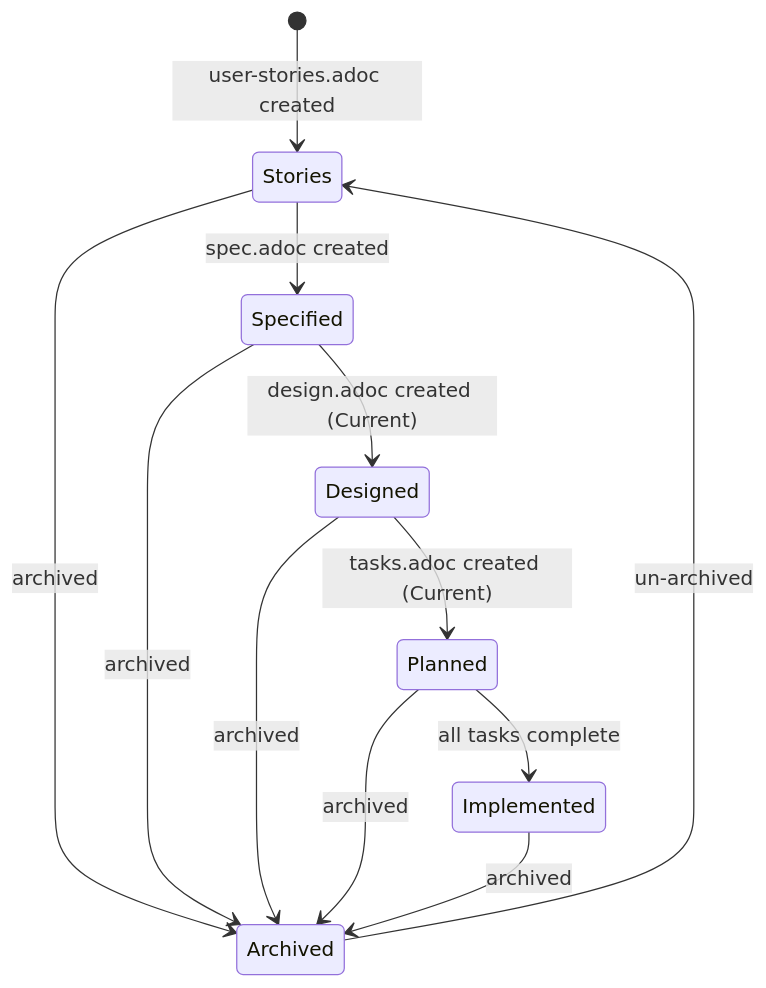
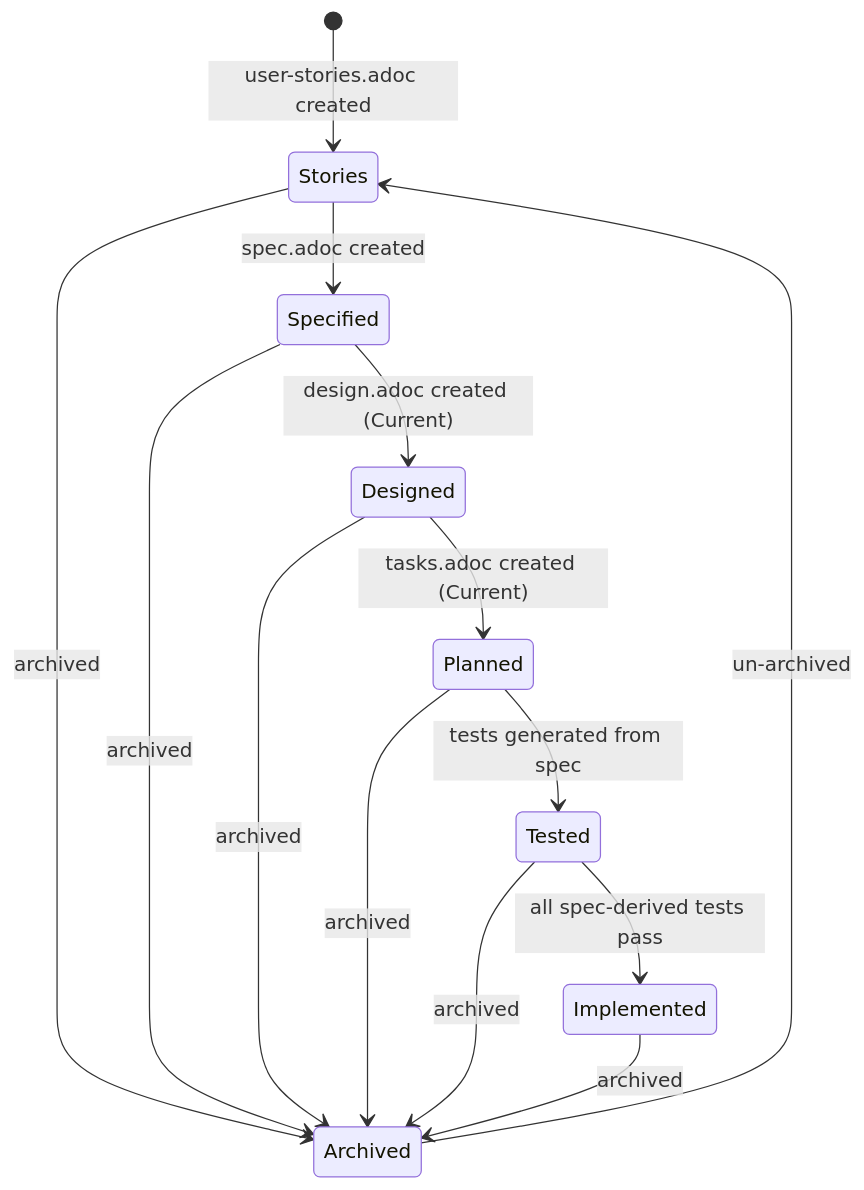
One commit to provenimpact/proven-needs changed the sixth of 7 diagrams in skills/proven-needs/SKILL.md. Above: the diagram before and after it, drawn with Mermaid. The commit also changed other lines of this file and 5 other files, not shown here.

````diff
--- a/skills/proven-needs/SKILL.md
+++ b/skills/proven-needs/SKILL.md
@@ -750,15 +751,17 @@
 ```mermaid
 stateDiagram-v2
     [*] --> Stories : user-stories.adoc created
     Stories --> Specified : spec.adoc created
     Specified --> Designed : design.adoc created (Current)
     Designed --> Planned : tasks.adoc created (Current)
-    Planned --> Implemented : all tasks complete
+    Planned --> Tested : tests generated from spec
+    Tested --> Implemented : all spec-derived tests pass
 
     Stories --> Archived : archived
     Specified --> Archived : archived
     Designed --> Archived : archived
     Planned --> Archived : archived
+    Tested --> Archived : archived
     Implemented --> Archived : archived
     Archived --> Stories : un-archived
 ```
````
